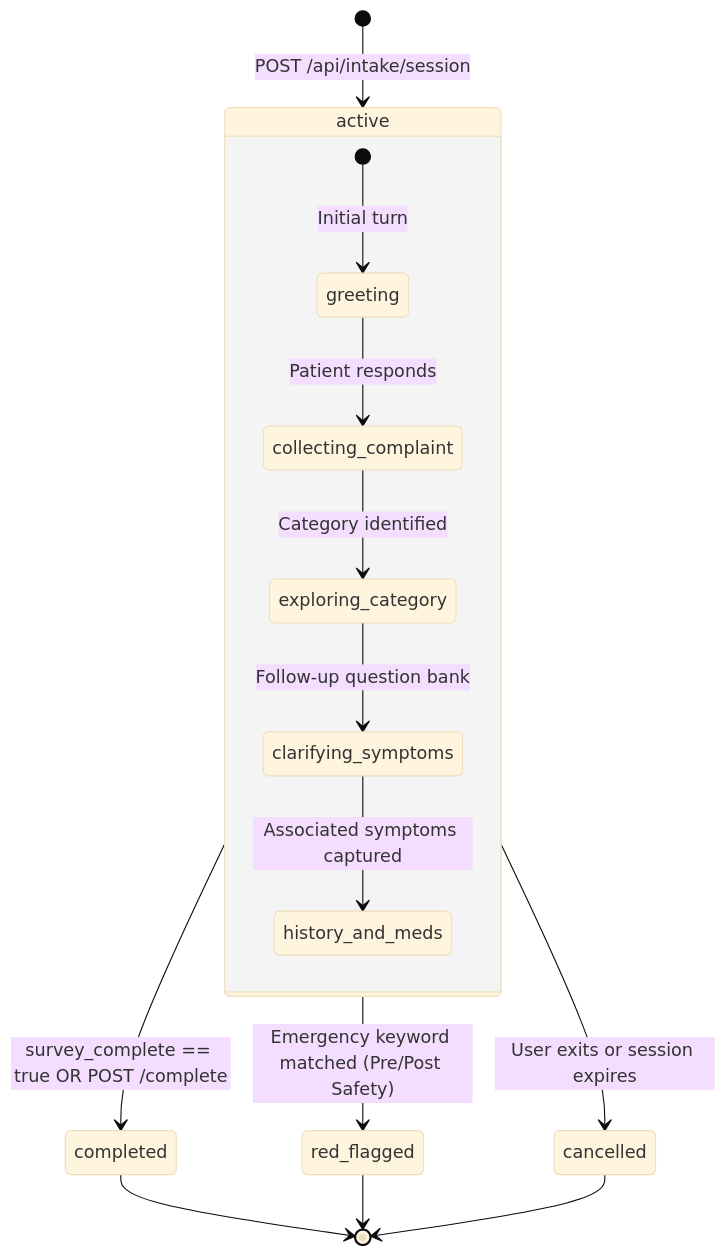
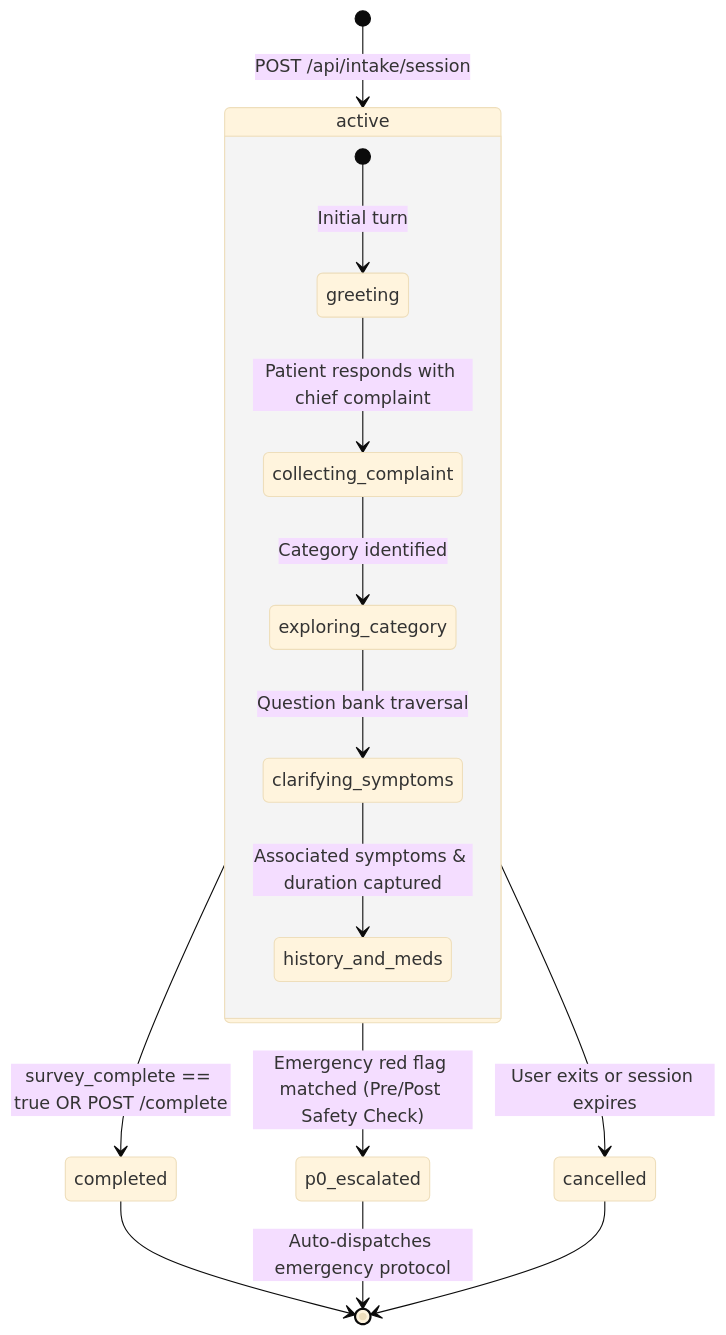
One commit to DakshChaudhary2668/MediKiosk changed the first of 6 diagrams in docs/state-machines.md. Above: the diagram before and after it, drawn with Mermaid (base theme). The commit also changed other lines of this file and 33 other files, not shown here.

````diff
--- a/docs/state-machines.md
+++ b/docs/state-machines.md
@@ -9,20 +9,20 @@
 ```mermaid
 stateDiagram-v2
     [*] --> active: POST /api/intake/session
 
     state active {
         [*] --> greeting: Initial turn
-        greeting --> collecting_complaint: Patient responds
+        greeting --> collecting_complaint: Patient responds with chief complaint
         collecting_complaint --> exploring_category: Category identified
-        exploring_category --> clarifying_symptoms: Follow-up question bank
-        clarifying_symptoms --> history_and_meds: Associated symptoms captured
+        exploring_category --> clarifying_symptoms: Question bank traversal
+        clarifying_symptoms --> history_and_meds: Associated symptoms & duration captured
     }
 
     active --> completed: survey_complete == true OR POST /complete
-    active --> red_flagged: Emergency keyword matched (Pre/Post Safety)
+    active --> p0_escalated: Emergency red flag matched (Pre/Post Safety Check)
     active --> cancelled: User exits or session expires
 
     completed --> [*]
-    red_flagged --> [*]
+    p0_escalated --> [*]: Auto-dispatches emergency protocol
     cancelled --> [*]
 ```
````
